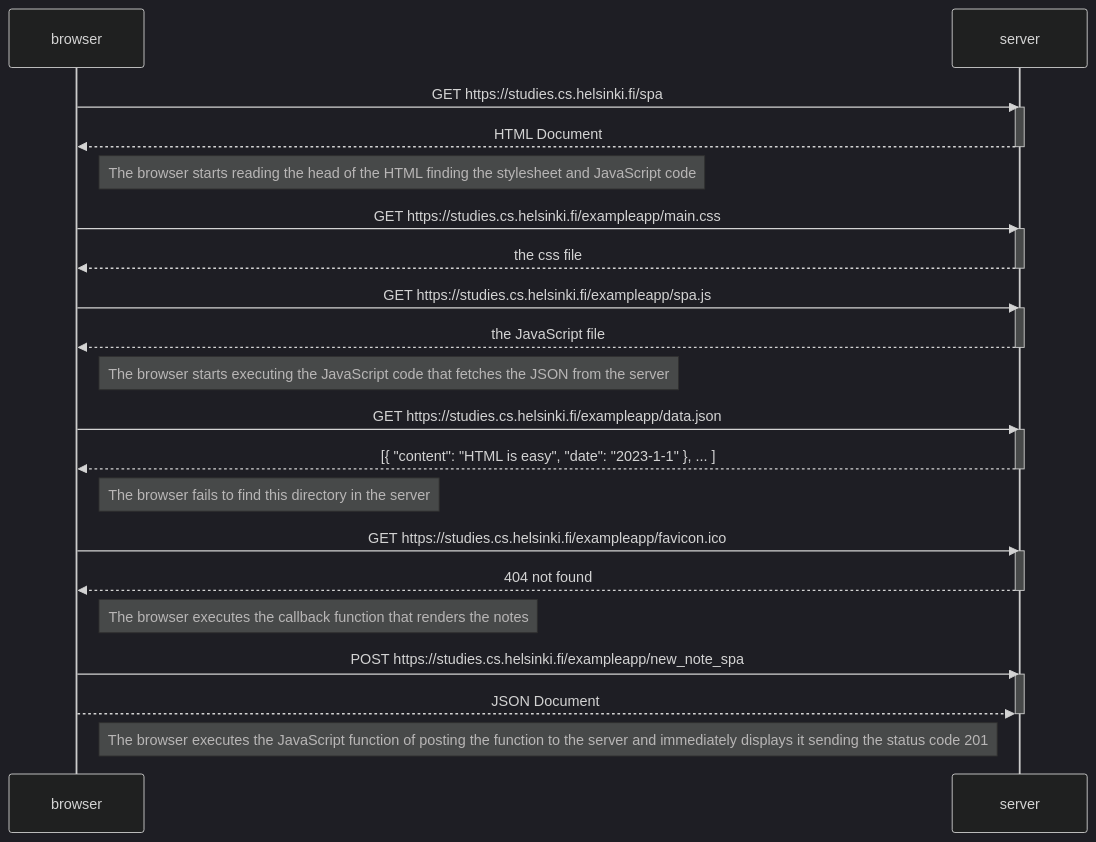
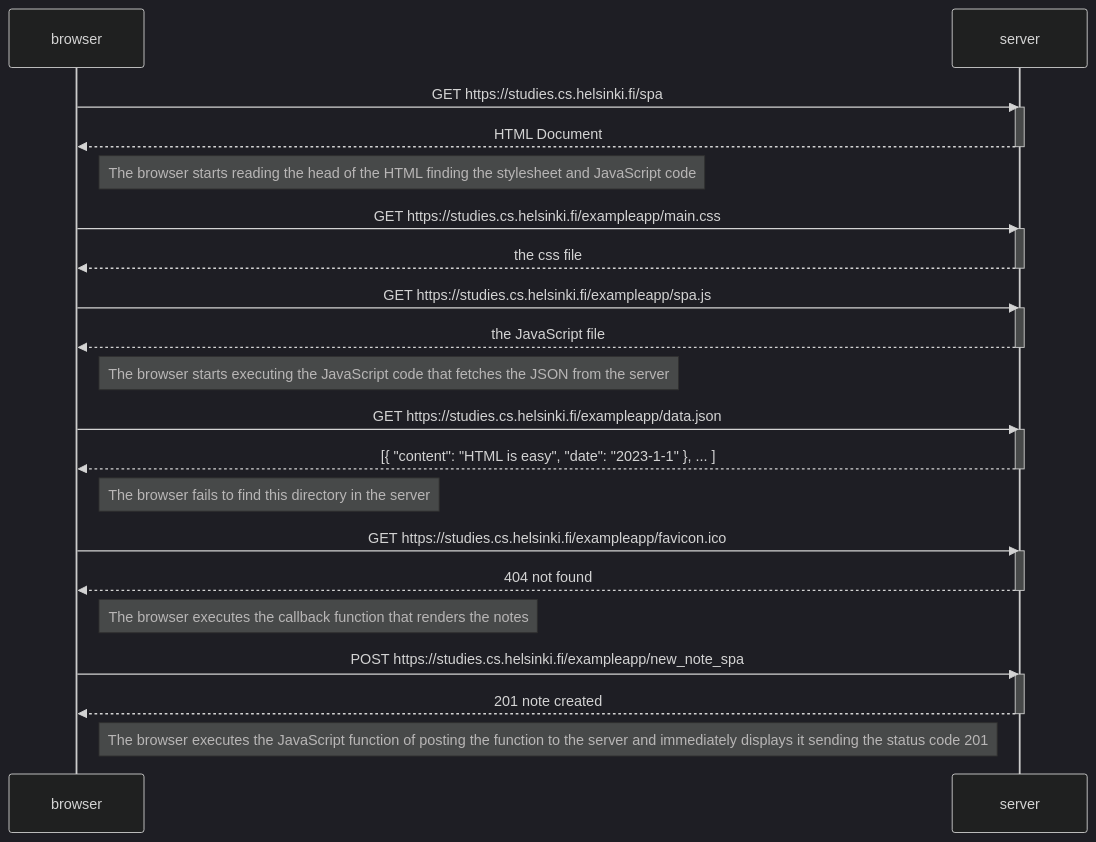
One commit to oivamickelsson/fullstackopen changed the diagram in part0/exercise06.md. Above: the diagram before and after it, drawn with Mermaid (dark theme).

````diff
--- a/part0/exercise06.md
+++ b/part0/exercise06.md
@@ -3,46 +3,46 @@
 ```mermaid
 sequenceDiagram
     participant browser
     participant server
 
 
     browser->>server: GET https://studies.cs.helsinki.fi/spa
     activate server
     server-->>browser: HTML Document
     deactivate server
     
     Note right of browser: The browser starts reading the head of the HTML finding the stylesheet and JavaScript code
     
     browser->>server: GET https://studies.cs.helsinki.fi/exampleapp/main.css
     activate server
     server-->>browser: the css file
     deactivate server
 
     browser->>server: GET https://studies.cs.helsinki.fi/exampleapp/spa.js
     activate server
     server-->>browser: the JavaScript file
     deactivate server
 
     Note right of browser: The browser starts executing the JavaScript code that fetches the JSON from the server
 
     browser->>server: GET https://studies.cs.helsinki.fi/exampleapp/data.json
     activate server
     server-->>browser: [{ "content": "HTML is easy", "date": "2023-1-1" }, ... ]
     deactivate server
 
     Note right of browser: The browser fails to find this directory in the server
 
     browser->>server: GET https://studies.cs.helsinki.fi/exampleapp/favicon.ico
     activate server
     server-->>browser: 404 not found
     deactivate server
 
     Note right of browser: The browser executes the callback function that renders the notes
 
     browser->>server: POST https://studies.cs.helsinki.fi/exampleapp/new_note_spa
     activate server
-    browser-->>server: JSON Document
+    server-->>browser: 201 note created
     deactivate server
 
     Note right of browser: The browser executes the JavaScript function of posting the function to the server and immediately displays it sending the status code 201
 ```
````
